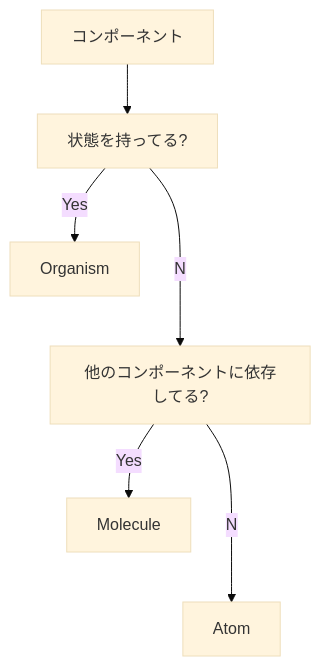
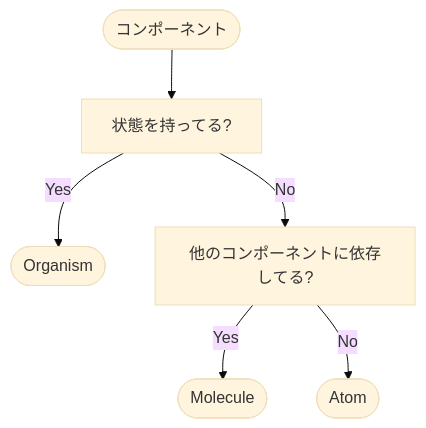
One commit to s3igo/blog changed the diagram in README.md. Above: the diagram before and after it, drawn with Mermaid (base theme). The commit also changed 4 other files, not shown here.

````diff
--- a/README.md
+++ b/README.md
@@ -73,8 +73,8 @@
 ```mermaid
 flowchart TB
-    A[コンポーネント] --> B[状態を持ってる?]
-    B --Yes--> C[Organism]
-    B --No--> D[他のコンポーネントに依存してる?]
-    D --Yes--> E[Molecule]
-    D --No--> F[Atom]
+    A([コンポーネント]) --> B[状態を持ってる?]
+    B -->|Yes| C([Organism])
+    B -->|No| D[他のコンポーネントに依存してる?]
+    D -->|Yes| E([Molecule])
+    D -->|No| F([Atom])
 ```
````
